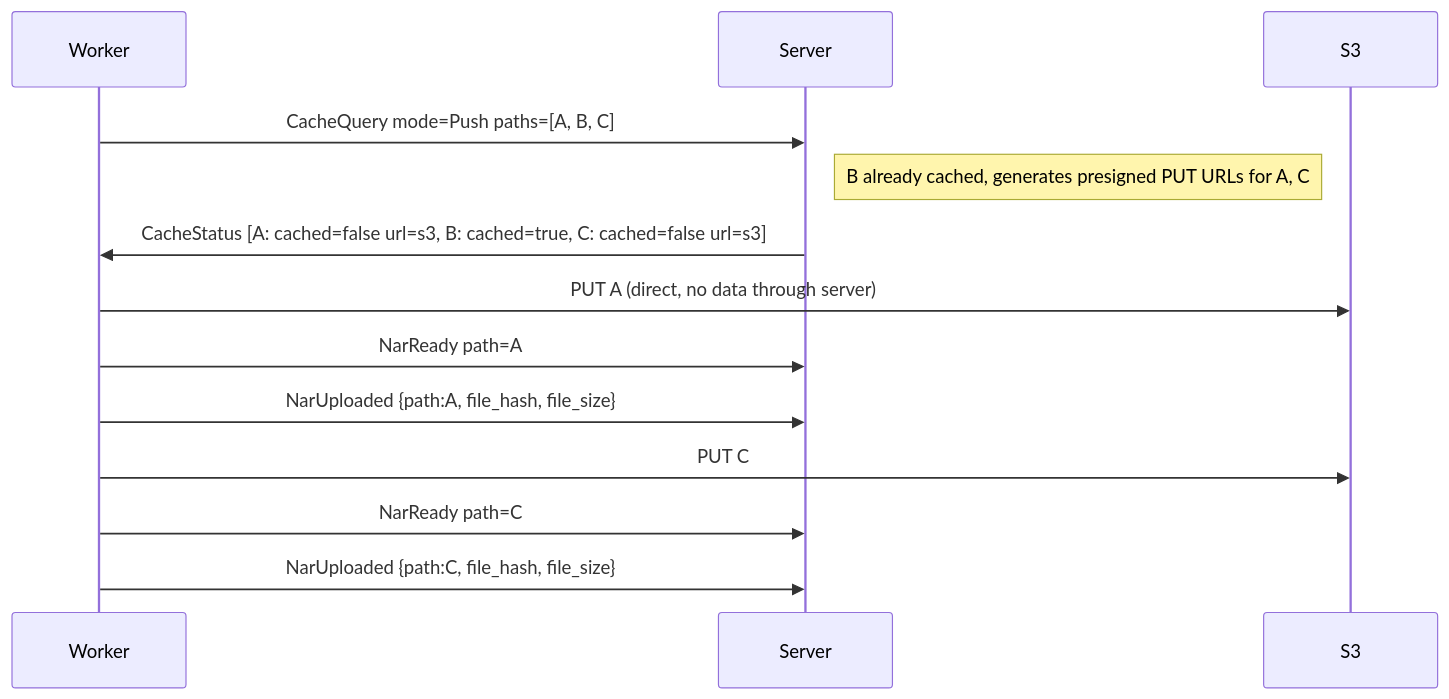
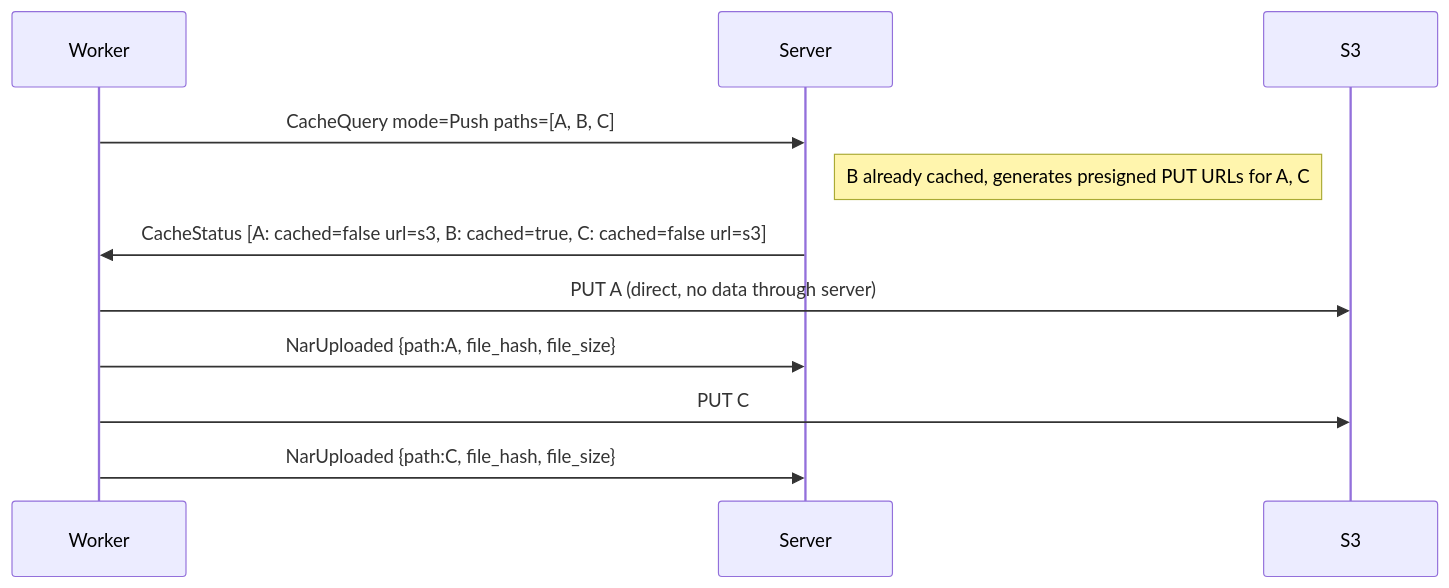
Diagram 18 of 25 in docs/src/development/proto.md (wavelens/gradient), drawn with Mermaid before and after one commit. The commit also changed other lines of this file and 36 other files, not shown here.

````diff
--- a/docs/src/development/proto.md
+++ b/docs/src/development/proto.md
@@ -1015,16 +933,14 @@
 ```mermaid
 sequenceDiagram
     participant W as Worker
     participant S as Server
     participant S3 as S3
 
     W->>S: CacheQuery mode=Push paths=[A, B, C]
     Note right of S: B already cached, generates presigned PUT URLs for A, C
     S->>W: CacheStatus [A: cached=false url=s3, B: cached=true, C: cached=false url=s3]
     W->>S3: PUT A (direct, no data through server)
-    W->>S: NarReady path=A
     W->>S: NarUploaded {path:A, file_hash, file_size}
     W->>S3: PUT C
-    W->>S: NarReady path=C
     W->>S: NarUploaded {path:C, file_hash, file_size}
 ```
````
